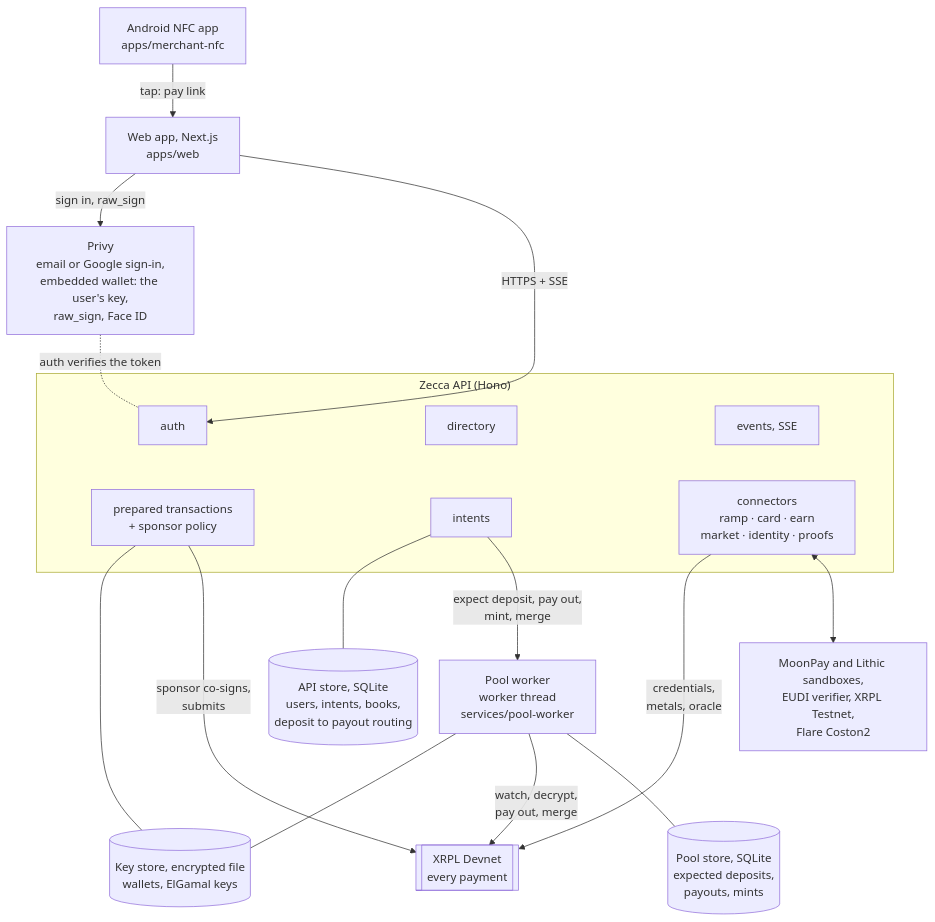
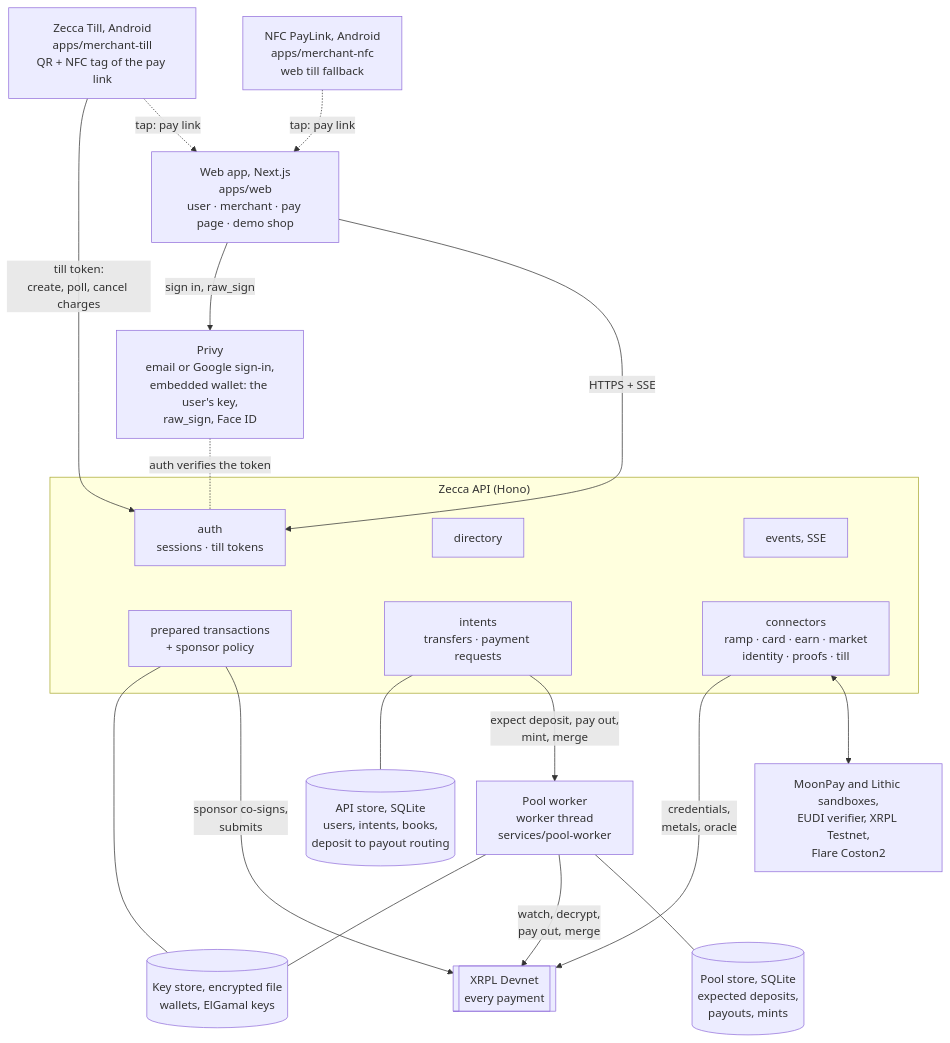
The first of 6 diagrams in README.md (FehlmannDy/Zecca), drawn with Mermaid before and after one commit. The commit also changed other lines of this file, not shown here.

First line of the commit message:
docs: README covers Zecca Till, merchant sales, Pay with Zecca, cash-out and the Earn way back

````diff
--- a/README.md
+++ b/README.md
@@ -38,40 +41,43 @@
 ```mermaid
 %%{init: {"flowchart": {"nodeSpacing": 30, "subGraphTitleMargin": {"top": 4, "bottom": 16}}}}%%
 flowchart TB
-  nfc["Android NFC app<br/>apps/merchant-nfc"]
-  web["Web app, Next.js<br/>apps/web"]
+  till["Zecca Till, Android<br/>apps/merchant-till<br/>QR + NFC tag of the pay link"]
+  nfc["NFC PayLink, Android<br/>apps/merchant-nfc<br/>web till fallback"]
+  web["Web app, Next.js<br/>apps/web<br/>user · merchant · pay page · demo shop"]
   privy["Privy<br/>email or Google sign-in,<br/>embedded wallet: the user's key,<br/>raw_sign, Face ID"]
 
   subgraph api["Zecca API (Hono)"]
-    auth["auth"]
+    auth["auth<br/>sessions · till tokens"]
     dir["directory"]
     events["events, SSE"]
     prep["prepared transactions<br/>+ sponsor policy"]
-    intents["intents"]
-    conn["connectors<br/>ramp · card · earn<br/>market · identity · proofs"]
+    intents["intents<br/>transfers · payment requests"]
+    conn["connectors<br/>ramp · card · earn · market<br/>identity · proofs · till"]
     auth ~~~ prep
     dir ~~~ intents
     events ~~~ conn
   end
 
   db[("API store, SQLite<br/>users, intents, books,<br/>deposit to payout routing")]
   ks[("Key store, encrypted file<br/>wallets, ElGamal keys")]
   pool["Pool worker<br/>worker thread<br/>services/pool-worker"]
   pooldb[("Pool store, SQLite<br/>expected deposits,<br/>payouts, mints")]
   devnet[["XRPL Devnet<br/>every payment"]]
   outside["MoonPay and Lithic sandboxes,<br/>EUDI verifier, XRPL Testnet,<br/>Flare Coston2"]
 
-  nfc -- "tap: pay link" --> web
+  till -- "till token:<br/>create, poll, cancel charges" --> auth
+  till -. "tap: pay link" .-> web
+  nfc -. "tap: pay link" .-> web
   web -- "sign in, raw_sign" --> privy
   privy -. "auth verifies the token" .- auth
   web -- "HTTPS + SSE" --> auth
   intents --- db
   prep --- ks
   intents -- "expect deposit, pay out,<br/>mint, merge" --> pool
   pool --- ks
   prep -- "sponsor co-signs,<br/>submits" --> devnet
   pool -- "watch, decrypt,<br/>pay out, merge" --> devnet
   conn -- "credentials,<br/>metals, oracle" --> devnet
   conn <--> outside
   pool --- pooldb
 ```
````
